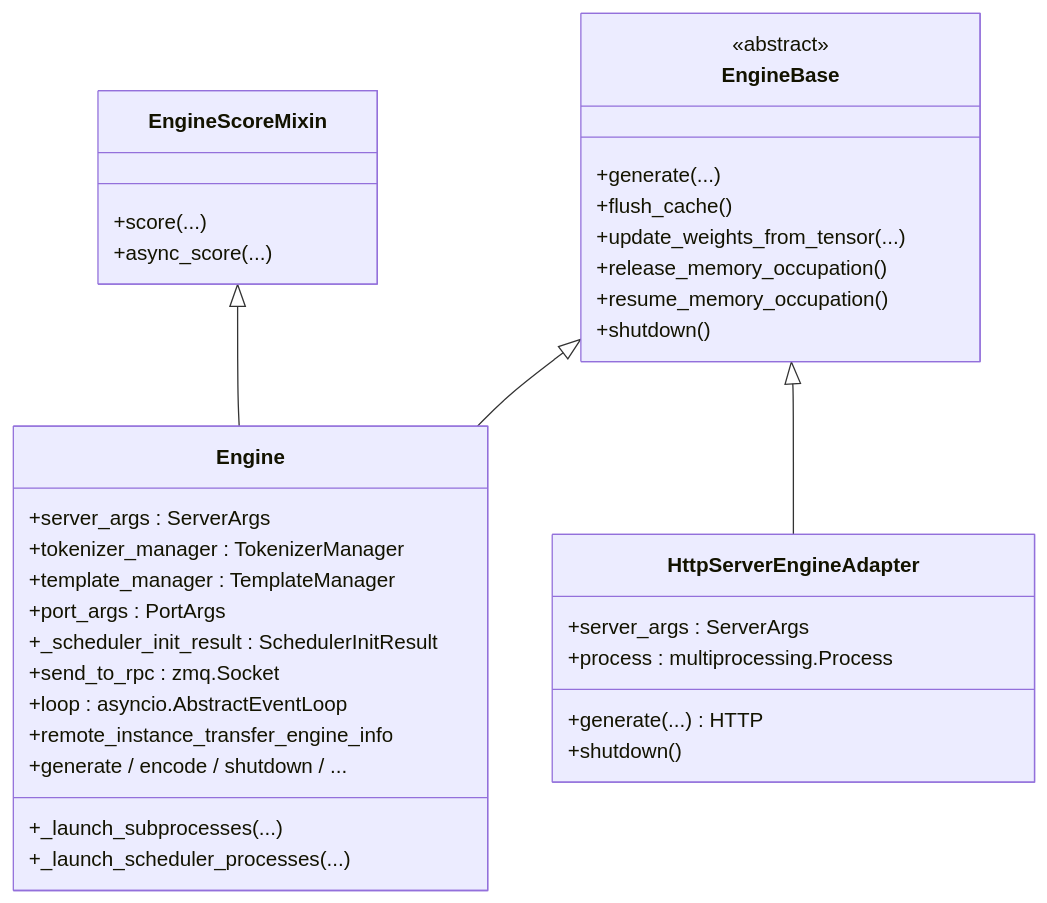
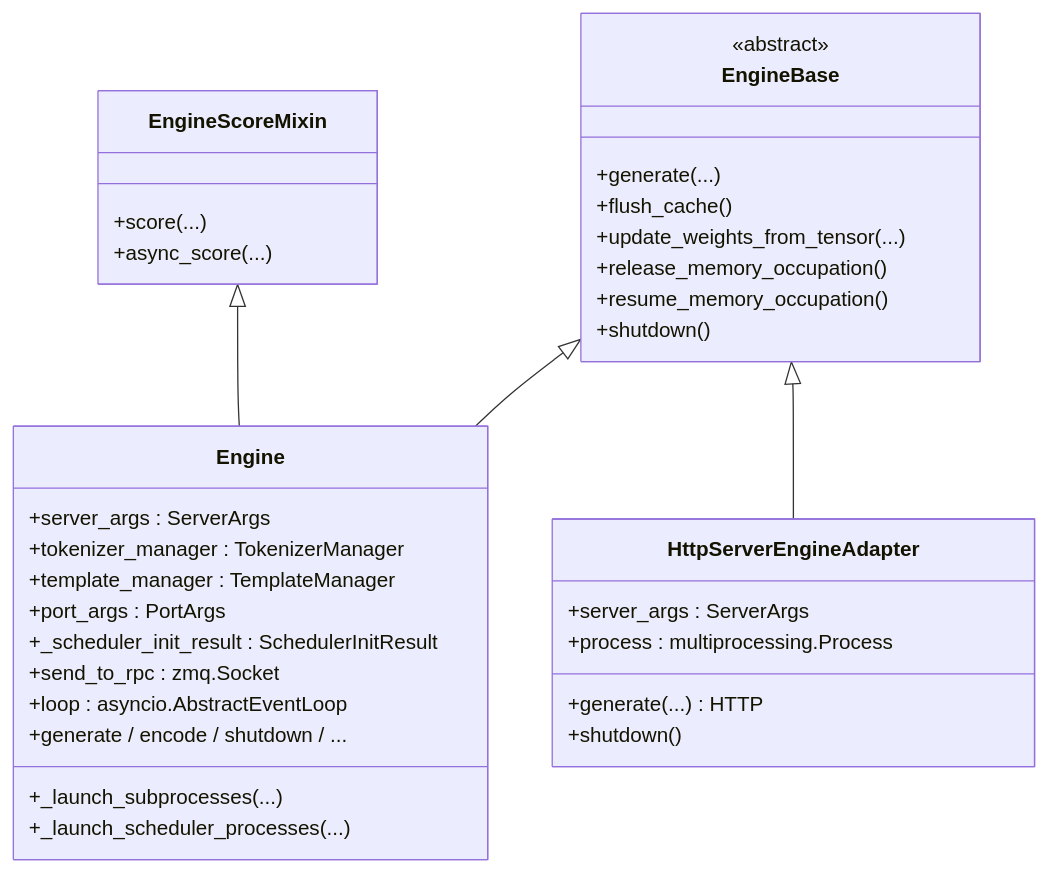
The first of 2 diagrams in sglang/entities/Engine.md (learning-sketch/wiki), drawn with Mermaid before and after one commit. The commit also changed other lines of this file and 5 other files, not shown here.

````diff
--- a/sglang/entities/Engine.md
+++ b/sglang/entities/Engine.md
@@ -39,38 +39,37 @@
 ```mermaid
 classDiagram
     class EngineBase {
         <<abstract>>
         +generate(...)
         +flush_cache()
         +update_weights_from_tensor(...)
         +release_memory_occupation()
         +resume_memory_occupation()
         +shutdown()
     }
     class EngineScoreMixin {
         +score(...)
         +async_score(...)
     }
     class Engine {
         +server_args : ServerArgs
         +tokenizer_manager : TokenizerManager
         +template_manager : TemplateManager
         +port_args : PortArgs
         +_scheduler_init_result : SchedulerInitResult
         +send_to_rpc : zmq.Socket
         +loop : asyncio.AbstractEventLoop
-        +remote_instance_transfer_engine_info
         +_launch_subprocesses(...)
         +_launch_scheduler_processes(...)
         +generate / encode / shutdown / ...
     }
     class HttpServerEngineAdapter {
         +server_args : ServerArgs
         +process : multiprocessing.Process
         +generate(...) HTTP
         +shutdown()
     }
     EngineBase <|-- Engine
     EngineBase <|-- HttpServerEngineAdapter
     EngineScoreMixin <|-- Engine
 ```
````
